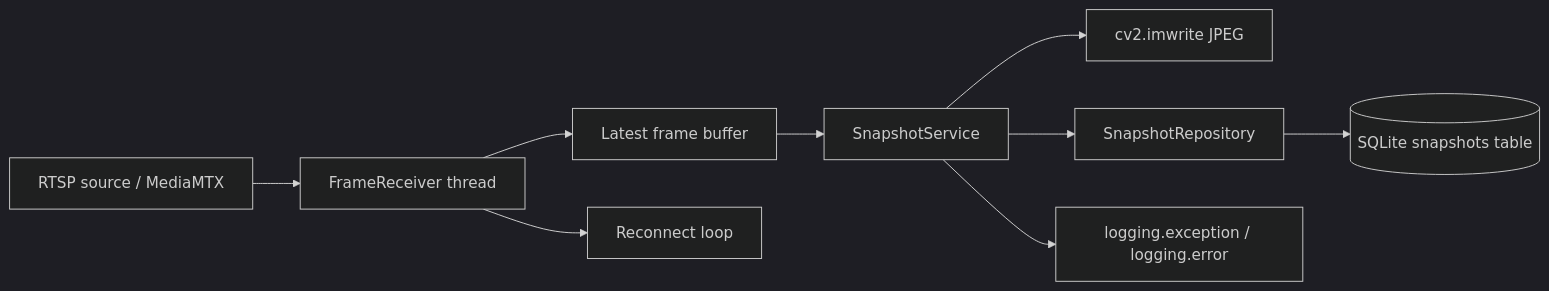
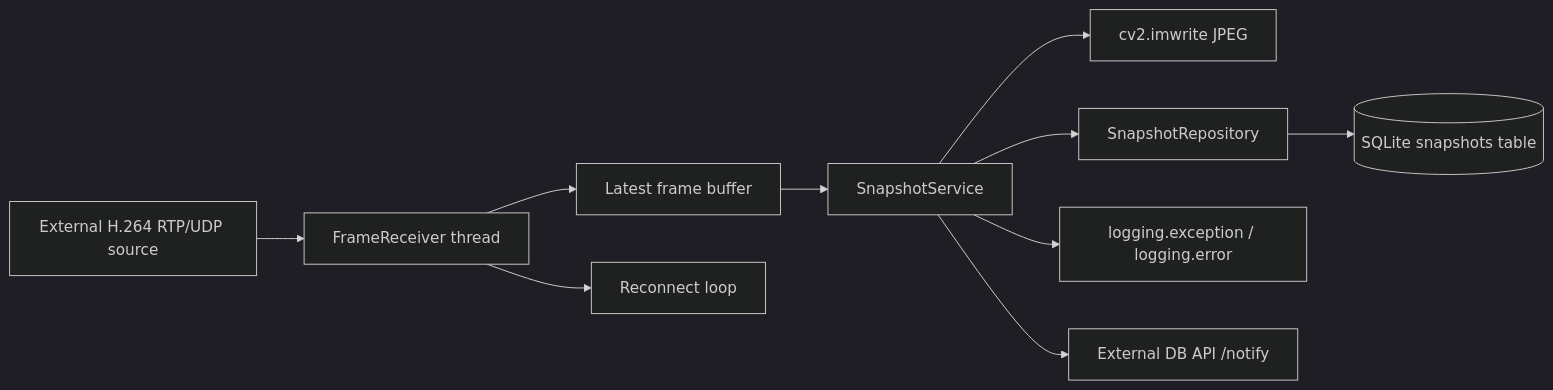
Before and after one commit to tinayla696/rtsp-snapshot-processor: the diagram in docs/architecture.md, drawn with Mermaid (dark theme). The commit also changed other lines of this file and 8 other files, not shown here.

````diff
--- a/docs/architecture.md
+++ b/docs/architecture.md
@@ -51,11 +54,12 @@
 ```mermaid
 flowchart LR
-    A[RTSP source / MediaMTX] --> B[FrameReceiver thread]
+    A[External H.264 RTP/UDP source] --> B[FrameReceiver thread]
     B --> C[Latest frame buffer]
     C --> D[SnapshotService]
     D --> E[cv2.imwrite JPEG]
     D --> F[SnapshotRepository]
     F --> G[(SQLite snapshots table)]
     D --> H[logging.exception / logging.error]
     B --> I[Reconnect loop]
+    D --> J[External DB API /notify]
 ```
````
